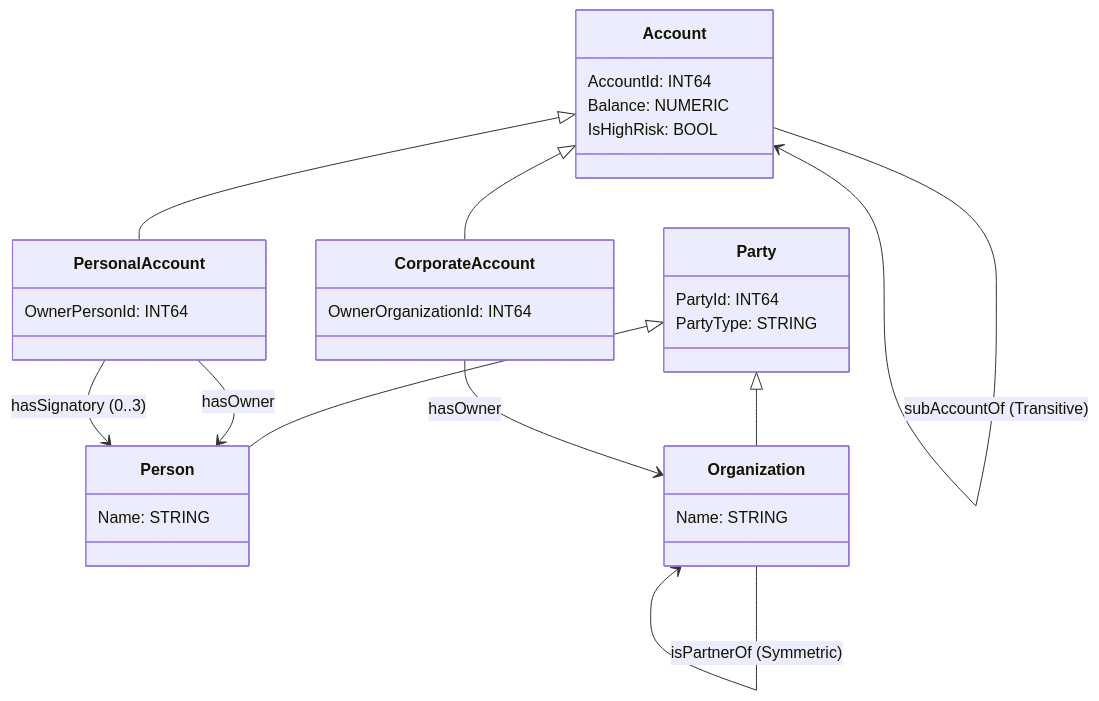
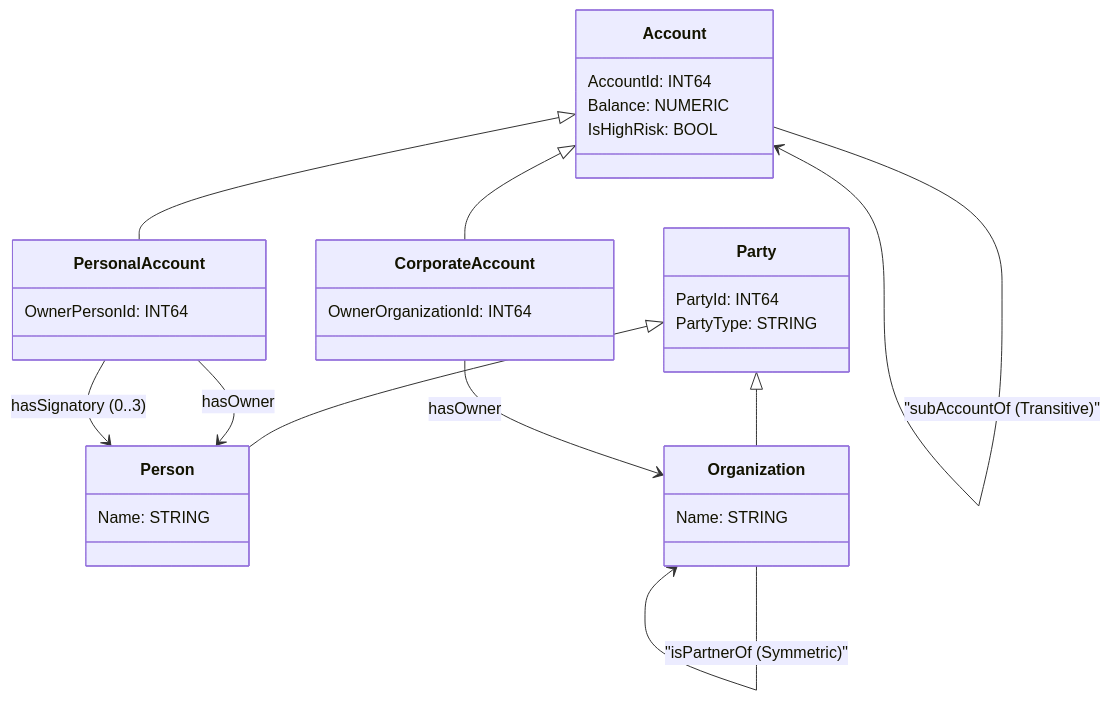
The first of 12 diagrams in examples/README.md (hasseeb-ai/rdf-shacl-to-spanner-graph), drawn with Mermaid before and after one commit. The commit also changed other lines of this file, not shown here.

````diff
--- a/examples/README.md
+++ b/examples/README.md
@@ -49,36 +49,36 @@
 ```mermaid
 classDiagram
   direction TD
   class Party {
     PartyId: INT64
     PartyType: STRING
   }
   class Person {
     Name: STRING
   }
   class Organization {
     Name: STRING
   }
   class Account {
     AccountId: INT64
     Balance: NUMERIC
     IsHighRisk: BOOL
   }
   class PersonalAccount {
     OwnerPersonId: INT64
   }
   class CorporateAccount {
     OwnerOrganizationId: INT64
   }
 
   Party <|-- Person
   Party <|-- Organization
   Account <|-- PersonalAccount
   Account <|-- CorporateAccount
 
   PersonalAccount --> Person : hasOwner
   CorporateAccount --> Organization : hasOwner
   PersonalAccount --> Person : hasSignatory (0..3)
-  Organization --> Organization : isPartnerOf (Symmetric)
-  Account --> Account : subAccountOf (Transitive)
+  Organization --> Organization : "isPartnerOf (Symmetric)"
+  Account --> Account : "subAccountOf (Transitive)"
 ```
````
